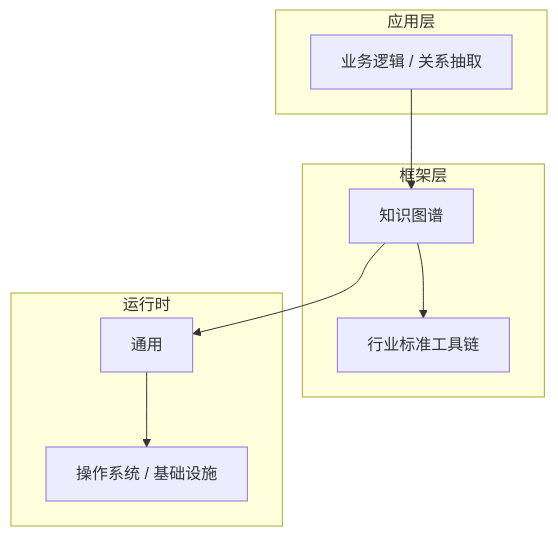
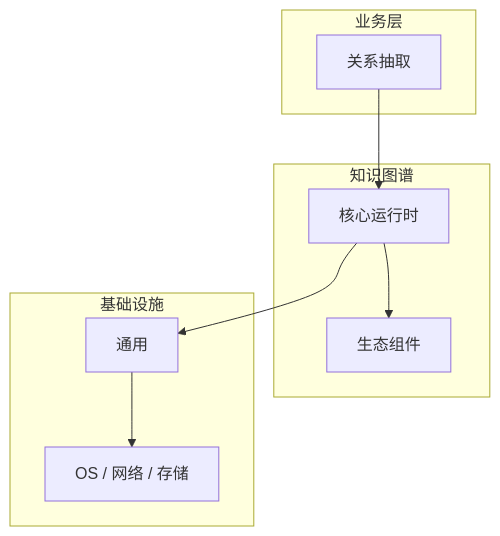
Before and after one commit to yanggan2015/knowledge-json-v2: the diagram in articles/知识图谱/chapters/025-关系抽取核心概念与原理.md, drawn with Mermaid. The commit also changed other lines of this file and 10127 other files, not shown here.

````diff
--- a/articles/知识图谱/chapters/025-关系抽取核心概念与原理.md
+++ b/articles/知识图谱/chapters/025-关系抽取核心概念与原理.md
@@ -45,18 +30,18 @@
 ```mermaid
 graph TB
-    subgraph 应用层
-        A[业务逻辑 / 关系抽取]
+    subgraph 业务层
+        A[关系抽取]
     end
-    subgraph 框架层
-        B[知识图谱]
-        C[行业标准工具链]
+    subgraph 知识图谱
+        B[核心运行时]
+        C[生态组件]
     end
-    subgraph 运行时
+    subgraph 基础设施
         D[通用]
-        E[操作系统 / 基础设施]
+        E[OS / 网络 / 存储]
     end
     A --> B
     B --> C
     B --> D
     D --> E
 ```
````
